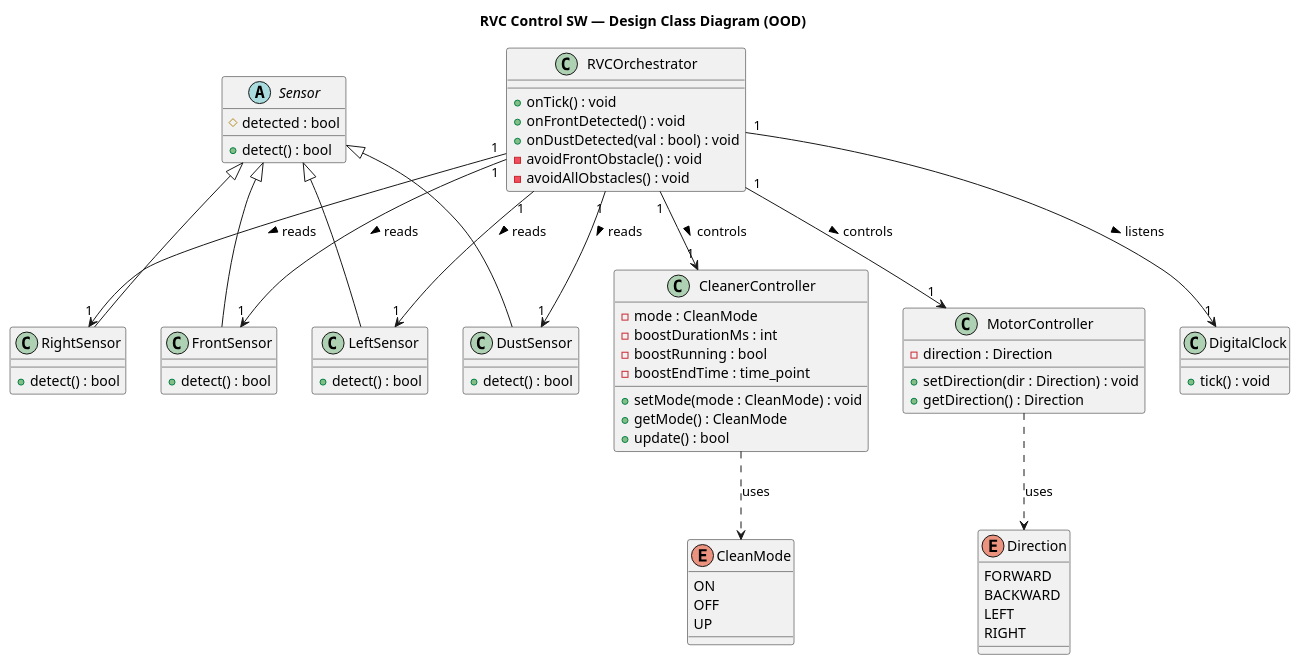
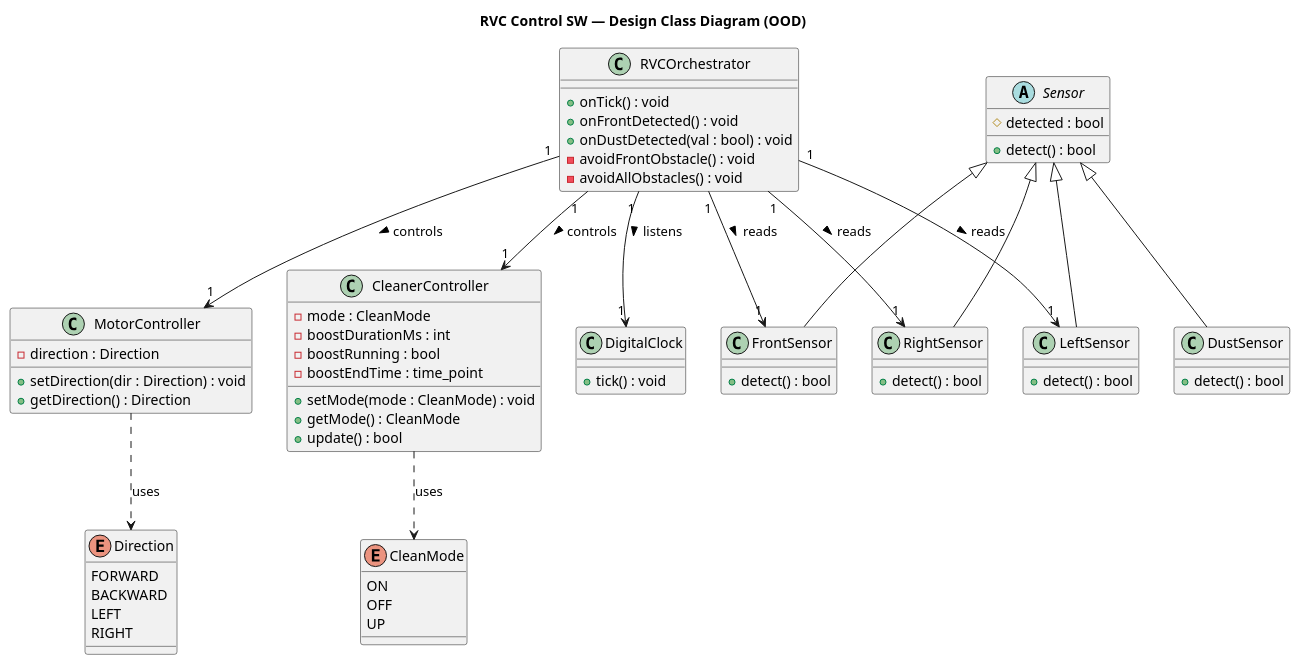
Before and after one commit to OOP-konkuk/CICD-Team7: the diagram in docs/vibe-coding/03-ood/class-diagram.mdx, drawn with PlantUML. The commit also changed other lines of this file and 3 other files, not shown here.

```diff
--- a/docs/vibe-coding/03-ood/class-diagram.mdx
+++ b/docs/vibe-coding/03-ood/class-diagram.mdx
@@ -97,7 +97,6 @@
 RVCOrchestrator "1" --> "1" FrontSensor        : reads >
 RVCOrchestrator "1" --> "1" LeftSensor         : reads >
 RVCOrchestrator "1" --> "1" RightSensor        : reads >
-RVCOrchestrator "1" --> "1" DustSensor         : reads >
 RVCOrchestrator "1" --> "1" DigitalClock       : listens >
 RVCOrchestrator "1" --> "1" MotorController    : controls >
 RVCOrchestrator "1" --> "1" CleanerController  : controls >
```
